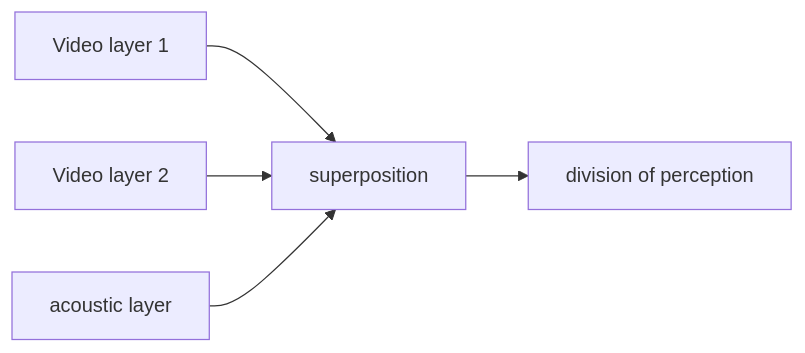
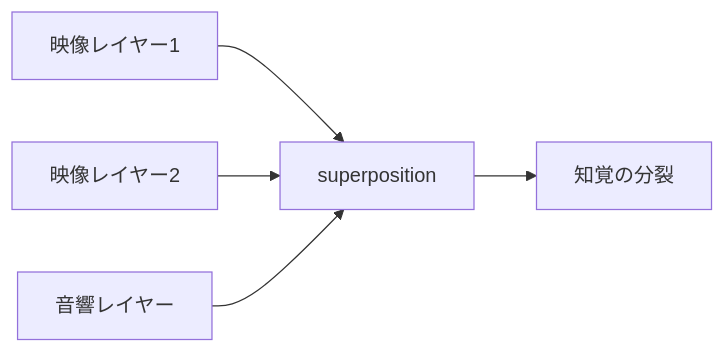
One commit to monumental-movement/monumental-movement.github.io changed the seventh of 8 diagrams in en/_posts/2026-04-18-column-ryoji-ikeda.md. Above: the diagram before and after it, drawn with Mermaid. The commit also changed other lines of this file and 2196 other files, not shown here.

```diff
--- a/en/_posts/2026-04-18-column-ryoji-ikeda.md
+++ b/en/_posts/2026-04-18-column-ryoji-ikeda.md
@@ -216,7 +216,7 @@
 <div class="mermaid">
 graph LR
-A[Video layer 1] --> D[superposition]
-B[Video layer 2] --> D
-C[acoustic layer] --> D
-D --> E[division of perception]
+A[映像レイヤー1] --> D[superposition]
+B[映像レイヤー2] --> D
+C[音響レイヤー] --> D
+D --> E[知覚の分裂]
 </div>
```
